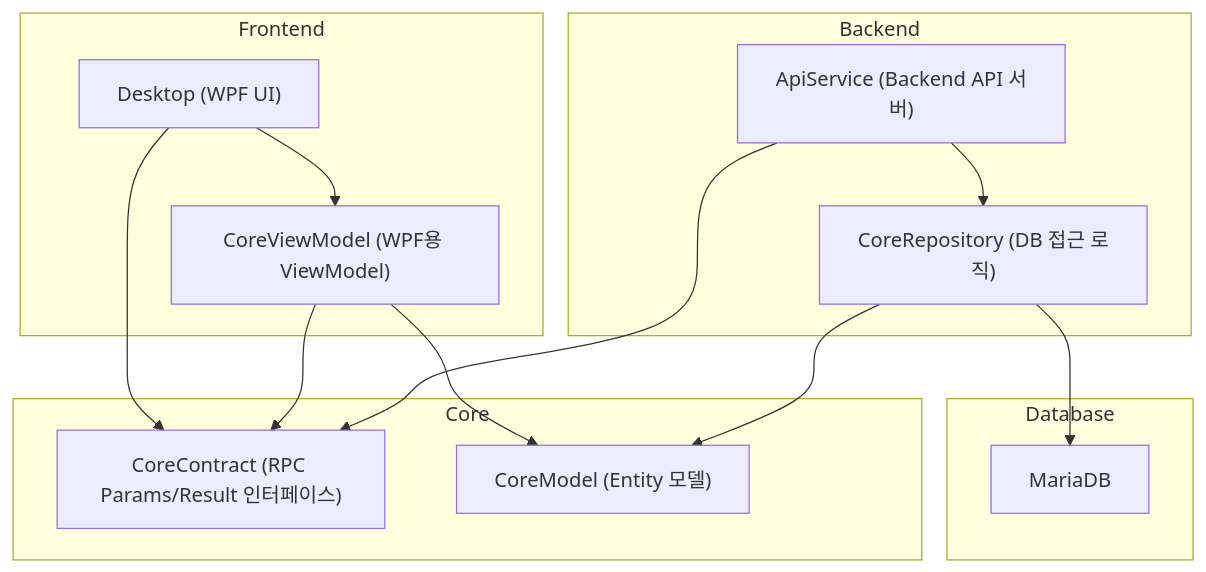
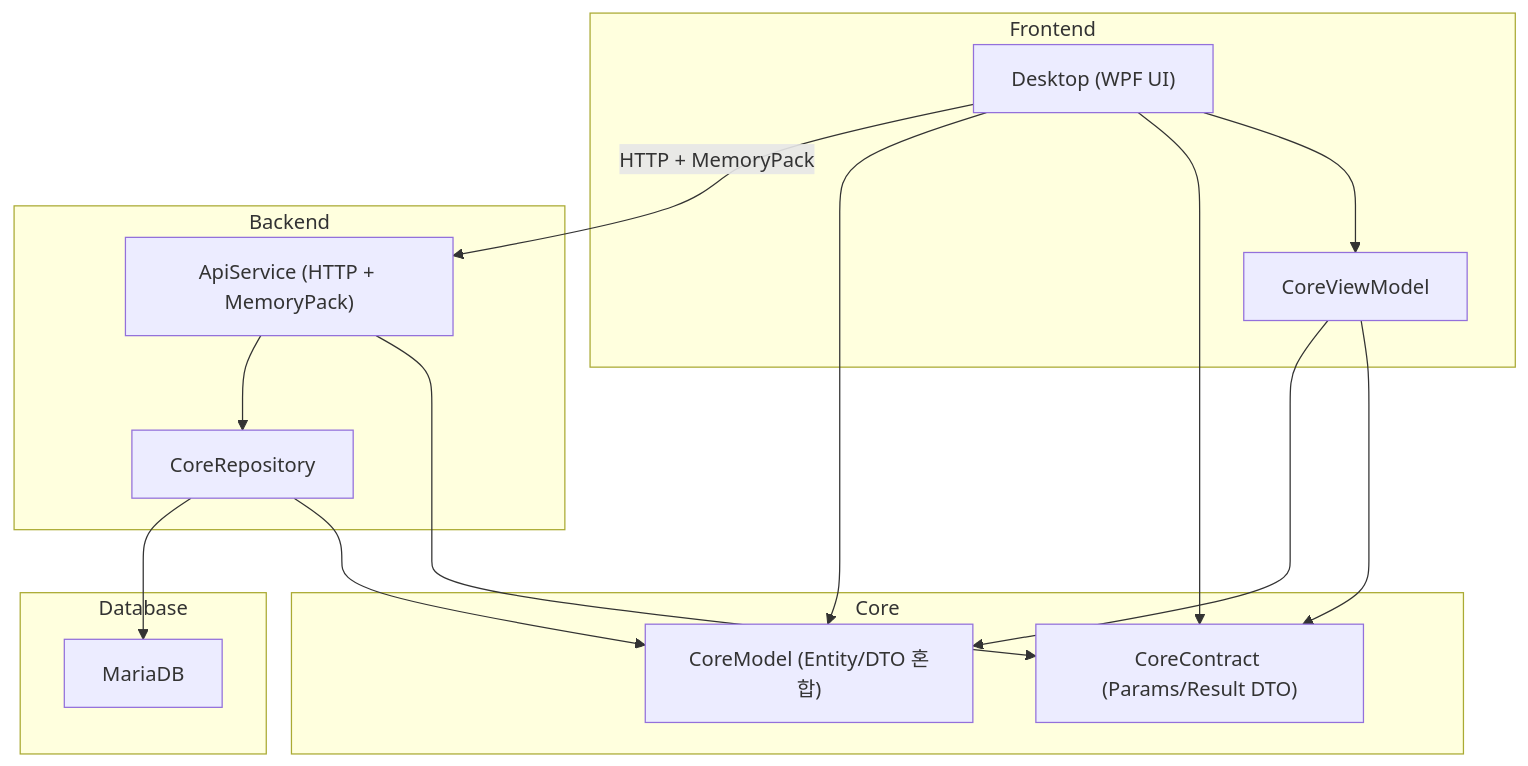
Before and after one commit to remcat-lab/platform: the diagram in 000. Abstracts/ProjectArchitect.md, drawn with Mermaid.

Commit message:
memorypack 추가

````diff
--- a/000. Abstracts/ProjectArchitect.md
+++ b/000. Abstracts/ProjectArchitect.md
@@ -3,38 +3,42 @@
 ```mermaid
 graph TD
 
     %% Frontend Group
     subgraph Frontend
         Desktop["Desktop (WPF UI)"]
-        CoreViewModel["CoreViewModel (WPF용 ViewModel)"]
+        CoreViewModel["CoreViewModel"]
     end
 
     %% Backend Group
     subgraph Backend
-        ApiService["ApiService (Backend API 서버)"]
-        CoreRepository["CoreRepository (DB 접근 로직)"]
+        ApiService["ApiService (HTTP + MemoryPack)"]
+        CoreRepository["CoreRepository"]
     end
 
-    %% Core (Shared) Group
+    %% Core (공통 계약/모델) Group
     subgraph Core
-        CoreContract["CoreContract (RPC Params/Result 인터페이스)"]
-        CoreModel["CoreModel (Entity 모델)"]
+        CoreContract["CoreContract (Params/Result DTO)"]
+        CoreModel["CoreModel (Entity/DTO 혼합)"]
     end
 
     %% Database Group
     subgraph Database
         MariaDB["MariaDB"]
     end
 
-    %% 참조 관계
+    %% 참조 구조
     Desktop --> CoreViewModel
     Desktop --> CoreContract
+    Desktop --> CoreModel
 
     CoreViewModel --> CoreContract
     CoreViewModel --> CoreModel
 
     ApiService --> CoreContract
     ApiService --> CoreRepository
     CoreRepository --> CoreModel
     CoreRepository --> MariaDB
+
+    %% MemoryPack over HTTP 통신 경로
+    Desktop -- HTTP + MemoryPack --> ApiService
 ```
````
